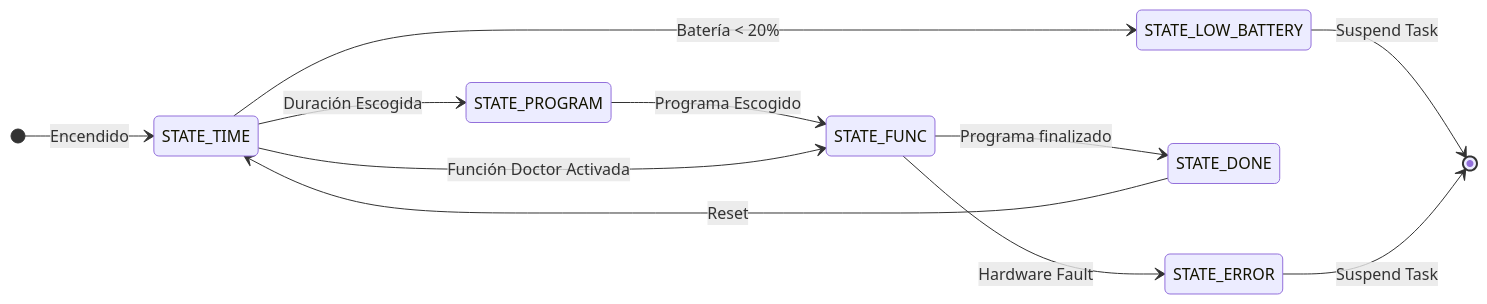
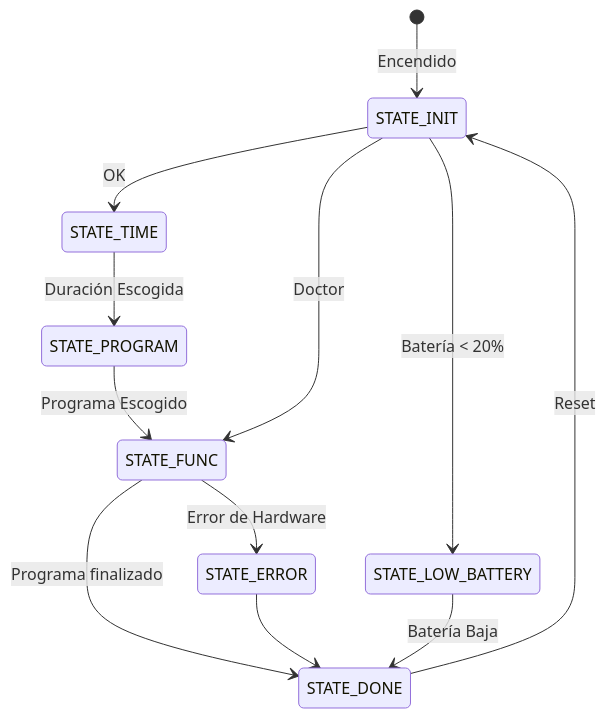
The diagram in mermaids/merm.mmd (techyberme/TENS-S3), drawn with Mermaid before and after one commit. The commit also changed 19 other files, not shown here.

```diff
--- a/mermaids/merm.mmd
+++ b/mermaids/merm.mmd
@@ -1,16 +1,16 @@
 stateDiagram-v2
-    direction LR
-    [*] --> STATE_TIME : Encendido
-    
-    STATE_TIME --> STATE_LOW_BATTERY : Batería < 20%
+    direction TB
+    [*] --> STATE_INIT: Encendido
+    STATE_INIT --> STATE_TIME : OK
+    STATE_INIT --> STATE_FUNC : Doctor
+    STATE_INIT --> STATE_LOW_BATTERY : Batería < 20%
     STATE_TIME --> STATE_PROGRAM : Duración Escogida
     STATE_PROGRAM --> STATE_FUNC : Programa Escogido
-    STATE_TIME --> STATE_FUNC : Función Doctor Activada
     
     STATE_FUNC --> STATE_DONE : Programa finalizado
-    STATE_DONE --> STATE_TIME : Reset 
+    STATE_DONE --> STATE_INIT: Reset 
     
-    STATE_FUNC --> STATE_ERROR : Hardware Fault
+    STATE_FUNC --> STATE_ERROR : Error de Hardware
     
-    STATE_LOW_BATTERY --> [*] : Suspend Task
-    STATE_ERROR --> [*] : Suspend Task
+    STATE_LOW_BATTERY --> STATE_DONE: Batería Baja
+    STATE_ERROR --> STATE_DONE
```
